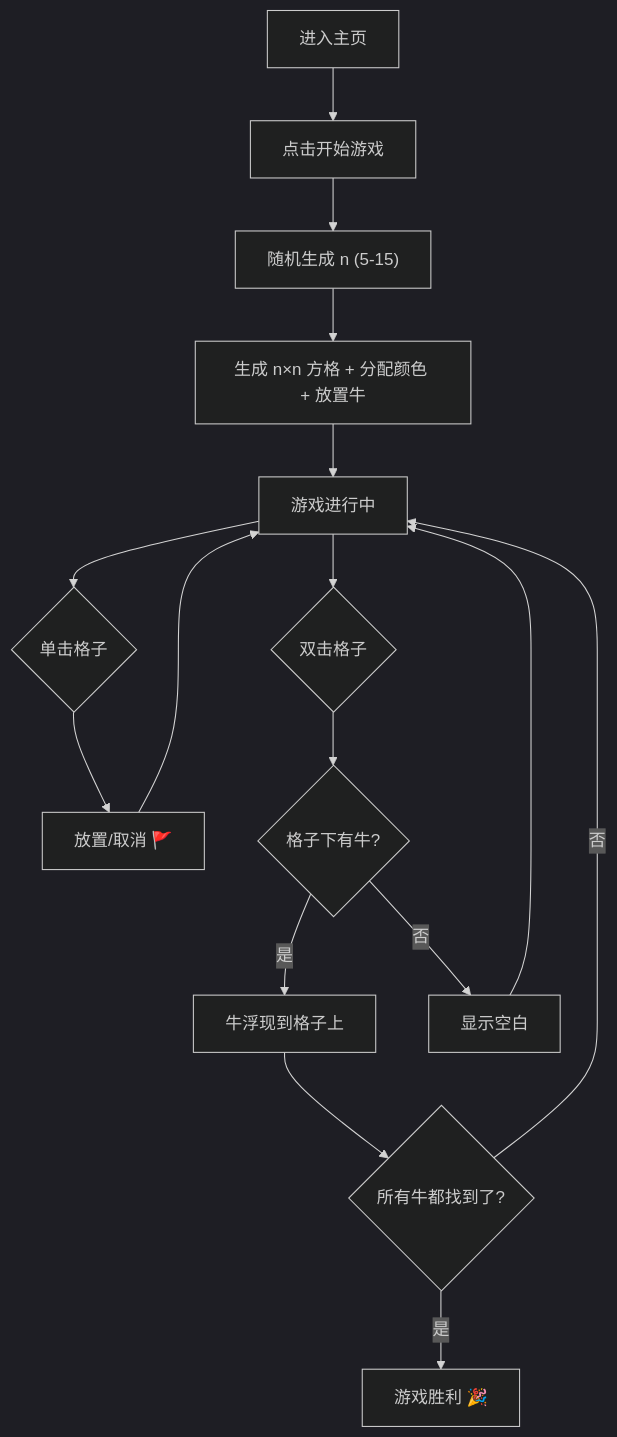
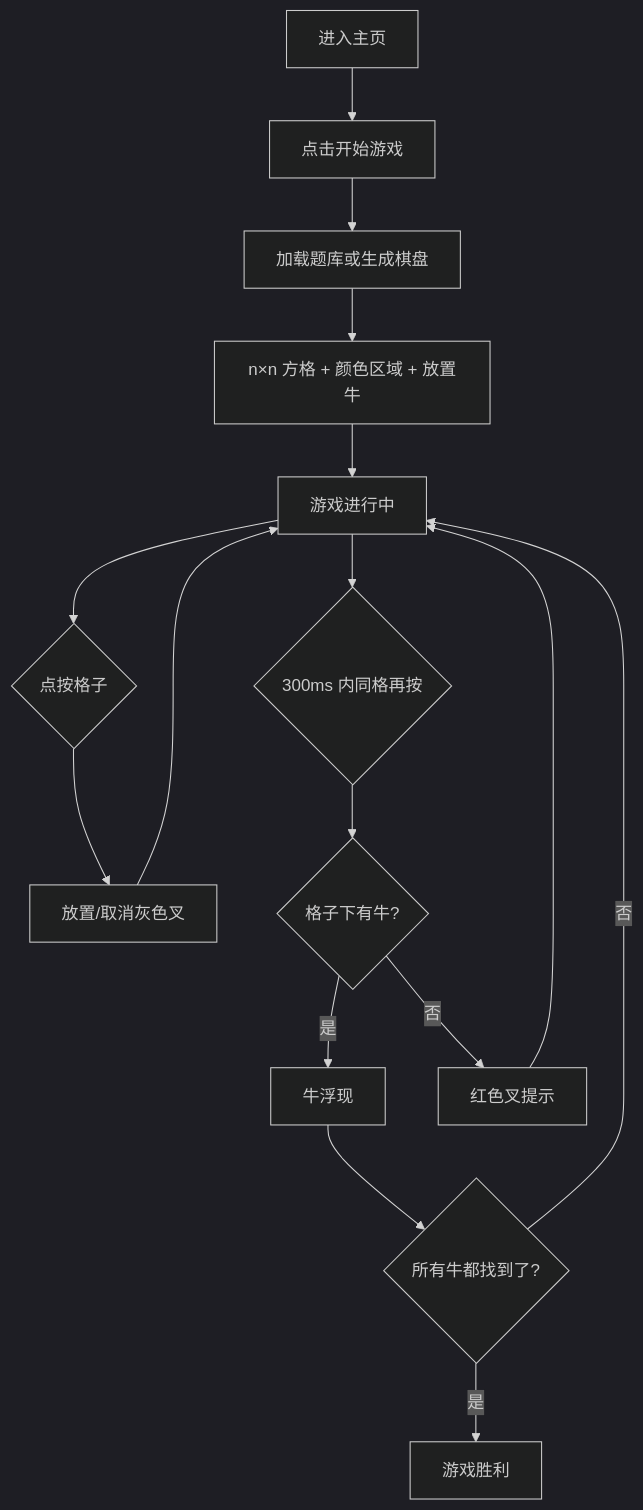
One commit to zhaoxihang/colordog changed the diagram in .trae/documents/prd.md. Above: the diagram before and after it, drawn with Mermaid (dark theme). The commit also changed other lines of this file and 30 other files, not shown here.

````diff
--- a/.trae/documents/prd.md
+++ b/.trae/documents/prd.md
@@ -34,18 +39,18 @@
 ```mermaid
 flowchart TD
     A["进入主页"] --> B["点击开始游戏"]
-    B --> C["随机生成 n (5-15)"]
-    C --> D["生成 n×n 方格 + 分配颜色 + 放置牛"]
+    B --> C["加载题库或生成棋盘"]
+    C --> D["n×n 方格 + 颜色区域 + 放置牛"]
     D --> E["游戏进行中"]
-    E --> F{"单击格子"}
-    F --> G["放置/取消 🚩"]
-    E --> H{"双击格子"}
+    E --> F{"点按格子"}
+    F --> G["放置/取消灰色叉"]
+    E --> H{"300ms 内同格再按"}
     H --> I{"格子下有牛?"}
-    I -->|是| J["牛浮现到格子上"]
-    I -->|否| K["显示空白"]
+    I -->|是| J["牛浮现"]
+    I -->|否| K["红色叉提示"]
     J --> L{"所有牛都找到了?"}
     K --> E
-    L -->|是| M["游戏胜利 🎉"]
+    L -->|是| M["游戏胜利"]
     L -->|否| E
     G --> E
 ```
````
